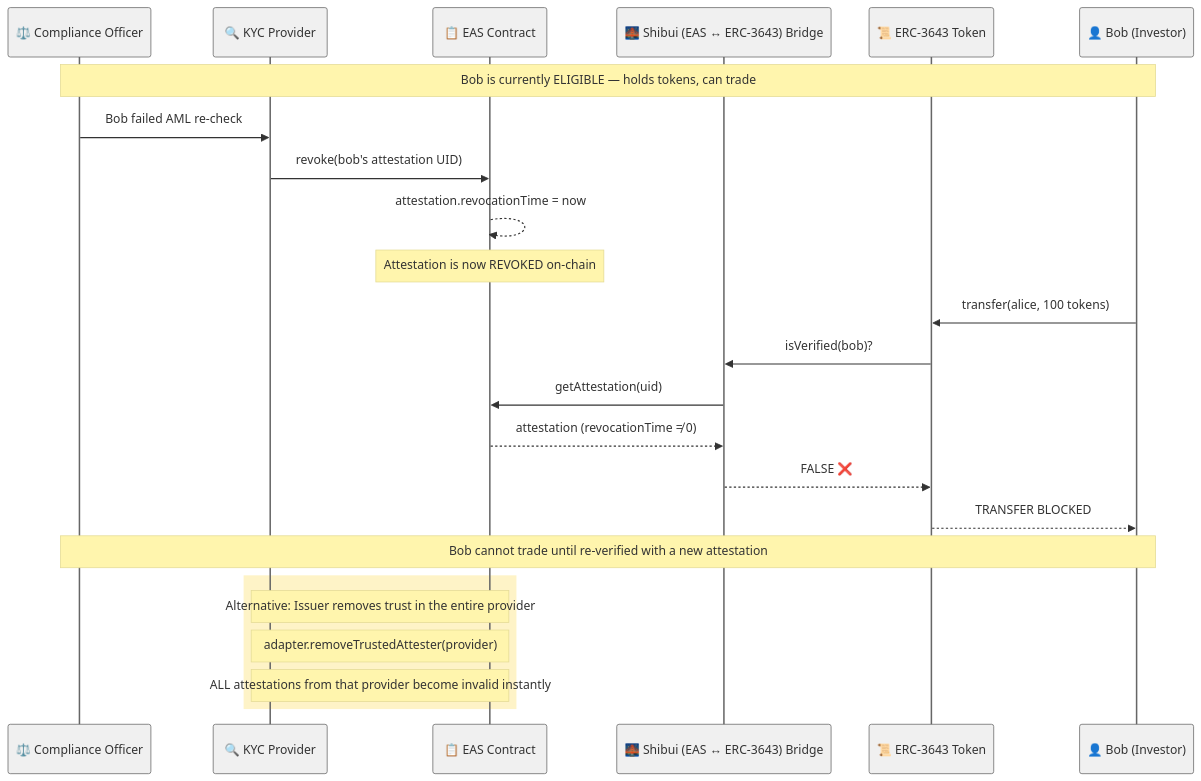
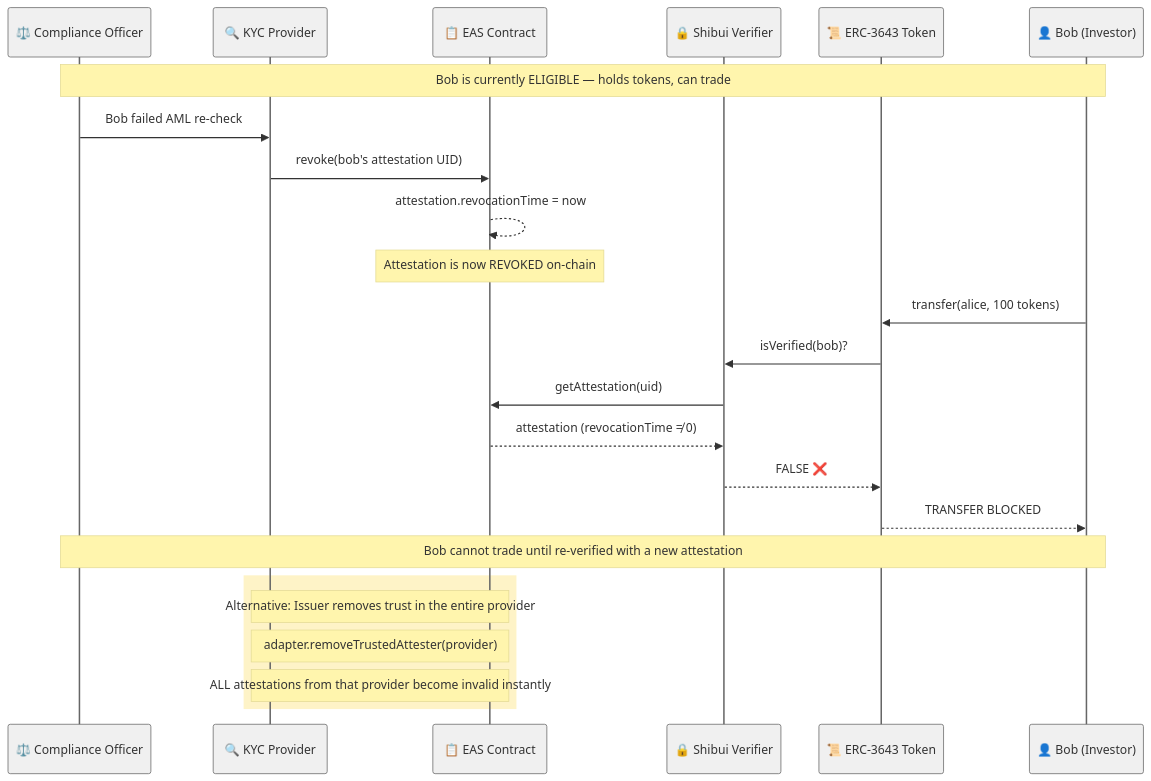
The diagram in diagrams/revocation-flow.mmd (EntEthAlliance/rnd-rwa-erc3643-eas), drawn with Mermaid before and after one commit. The commit also changed 12 other files, not shown here.

First line of the commit message:
docs(diagrams): refresh to match v0.4 architecture

```diff
--- a/diagrams/revocation-flow.mmd
+++ b/diagrams/revocation-flow.mmd
@@ -1,31 +1,31 @@
 %%{init: {'theme': 'base', 'themeVariables': { 'primaryColor': '#f0f0f0', 'primaryTextColor': '#333', 'primaryBorderColor': '#666', 'lineColor': '#444'}}}%%
 sequenceDiagram
     participant CO as ⚖️ Compliance Officer
     participant KYC as 🔍 KYC Provider
     participant EAS as 📋 EAS Contract
-    participant Bridge as 🌉 Shibui (EAS ↔ ERC-3643) Bridge
+    participant Shibui as 🔒 Shibui Verifier
     participant Token as 📜 ERC-3643 Token
     participant Bob as 👤 Bob (Investor)
 
     Note over CO,Bob: Bob is currently ELIGIBLE — holds tokens, can trade
 
     CO->>KYC: Bob failed AML re-check
     KYC->>EAS: revoke(bob's attestation UID)
     EAS-->>EAS: attestation.revocationTime = now
 
     Note over EAS: Attestation is now REVOKED on-chain
 
     Bob->>Token: transfer(alice, 100 tokens)
-    Token->>Bridge: isVerified(bob)?
-    Bridge->>EAS: getAttestation(uid)
-    EAS-->>Bridge: attestation (revocationTime ≠ 0)
-    Bridge-->>Token: FALSE ❌
+    Token->>Shibui: isVerified(bob)?
+    Shibui->>EAS: getAttestation(uid)
+    EAS-->>Shibui: attestation (revocationTime ≠ 0)
+    Shibui-->>Token: FALSE ❌
     Token-->>Bob: TRANSFER BLOCKED
 
     Note over CO,Bob: Bob cannot trade until re-verified with a new attestation
 
     rect rgb(254, 243, 199)
         Note over KYC,EAS: Alternative: Issuer removes trust in the entire provider
         Note over KYC,EAS: adapter.removeTrustedAttester(provider)
         Note over KYC,EAS: ALL attestations from that provider become invalid instantly
     end
```
